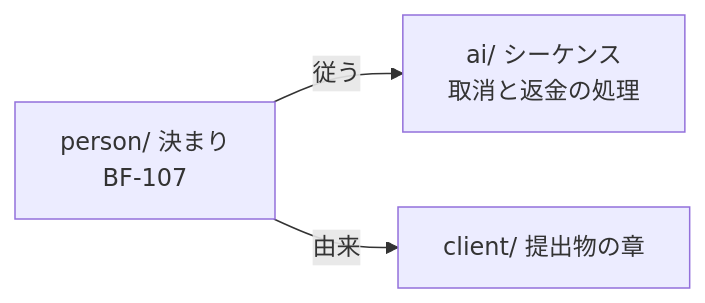
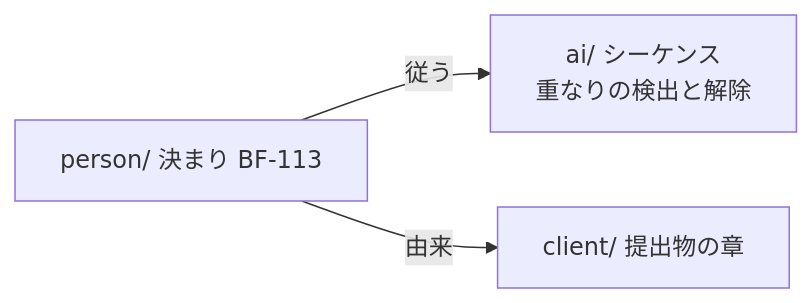
The diagram in docs/explanation/09-reader-granularity.md (SakakitaniJunya/Igeta), drawn with Mermaid before and after one commit. The commit also changed other lines of this file and 19 other files, not shown here.

````diff
--- a/docs/explanation/09-reader-granularity.md
+++ b/docs/explanation/09-reader-granularity.md
@@ -82,5 +91,5 @@
 ```mermaid
 flowchart LR
-  P[person/ 決まり<br/>BF-107] -->|従う| A[ai/ シーケンス<br/>取消と返金の処理]
-  P -->|由来| C[client/ 提出物の章]
+  P["person/ 決まり BF-113"] -->|従う| A["ai/ シーケンス<br/>重なりの検出と解除"]
+  P -->|由来| C["client/ 提出物の章"]
 ```
````
